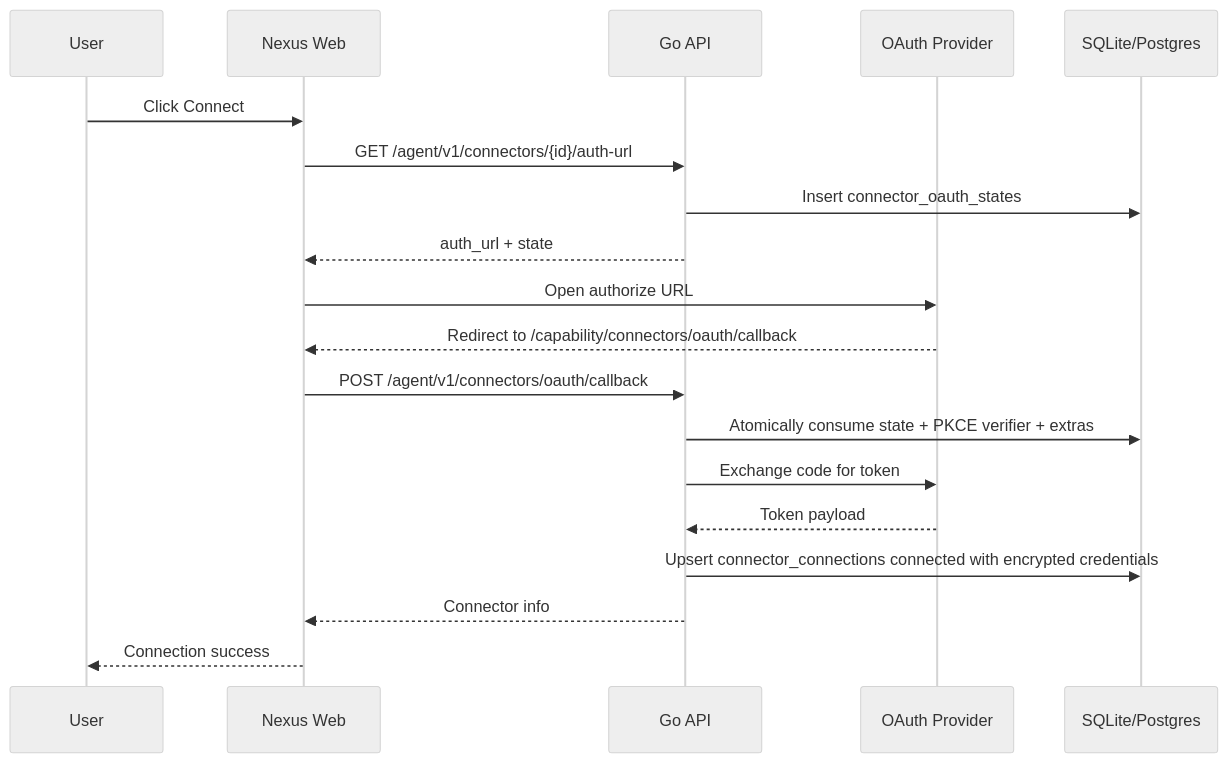
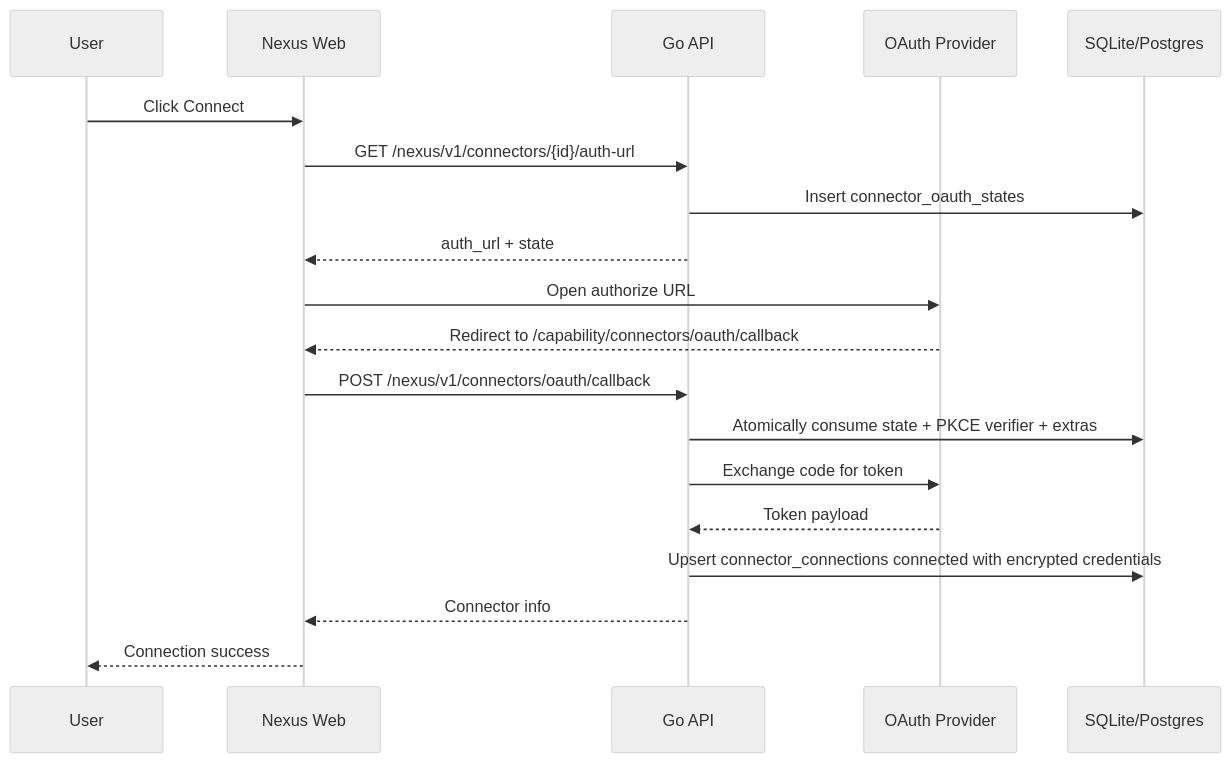
Before and after one commit to nexus-research-lab/nexus: the diagram in docs/specs/connector-oauth-spec.md, drawn with Mermaid (neutral theme). The commit also changed 32 other files, not shown here.

Commit message:
:recycle: 更新 API 路径前缀为 /nexus/v1，调整相关路由和配置

````diff
--- a/docs/specs/connector-oauth-spec.md
+++ b/docs/specs/connector-oauth-spec.md
@@ -5,22 +5,22 @@
 ```mermaid
 sequenceDiagram
     participant User as User
     participant Web as Nexus Web
     participant API as Go API
     participant Provider as OAuth Provider
     participant DB as SQLite/Postgres
 
     User->>Web: Click Connect
-    Web->>API: GET /agent/v1/connectors/{id}/auth-url
+    Web->>API: GET /nexus/v1/connectors/{id}/auth-url
     API->>DB: Insert connector_oauth_states
     API-->>Web: auth_url + state
     Web->>Provider: Open authorize URL
     Provider-->>Web: Redirect to /capability/connectors/oauth/callback
-    Web->>API: POST /agent/v1/connectors/oauth/callback
+    Web->>API: POST /nexus/v1/connectors/oauth/callback
     API->>DB: Atomically consume state + PKCE verifier + extras
     API->>Provider: Exchange code for token
     Provider-->>API: Token payload
     API->>DB: Upsert connector_connections connected with encrypted credentials
     API-->>Web: Connector info
     Web-->>User: Connection success
 ```
````
